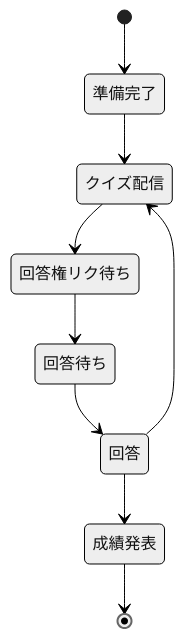
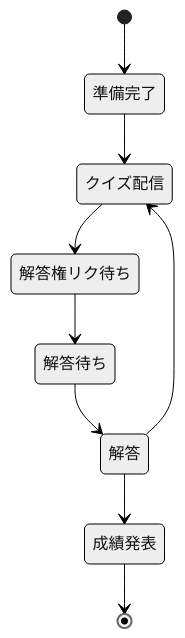
Before and after one commit to jyogi-web/rustknock: the second of 2 diagrams in documents/quiz-server.md, drawn with Mermaid (neutral theme). The commit also changed other lines of this file and 1 other file, not shown here.

````diff
--- a/documents/quiz-server.md
+++ b/documents/quiz-server.md
@@ -34,12 +34,12 @@
 ```mermaid
 stateDiagram
     [*] --> 準備完了
     準備完了 --> クイズ配信
-    クイズ配信 --> 回答権リク待ち
-    回答権リク待ち --> 回答待ち
-    回答待ち --> 回答
-    回答 --> クイズ配信
-    回答 --> 成績発表
+    クイズ配信 --> 解答権リク待ち
+    解答権リク待ち --> 解答待ち
+    解答待ち --> 解答
+    解答 --> クイズ配信
+    解答 --> 成績発表
     成績発表 --> [*]
     
 ```
````
